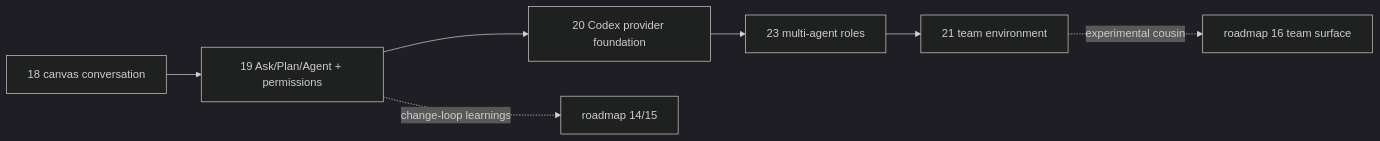
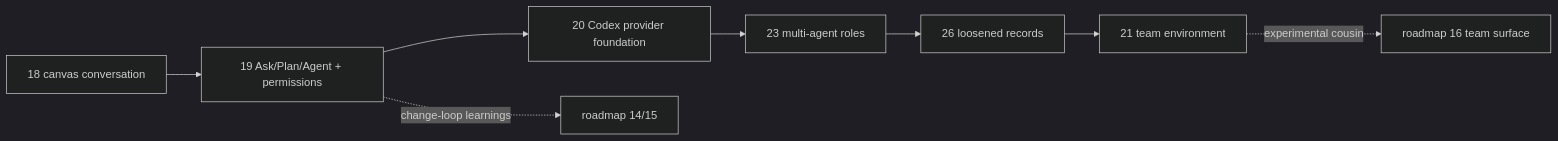
Before and after one commit to dmitry-yudakov/code-vis: the diagram in stories/EPIC-20260806-web2-operational-collaboration.md, drawn with Mermaid (dark theme). The commit also changed other lines of this file and 5 other files, not shown here.

````diff
--- a/stories/EPIC-20260806-web2-operational-collaboration.md
+++ b/stories/EPIC-20260806-web2-operational-collaboration.md
@@ -56,9 +57,10 @@
 ```mermaid
 graph LR
   S18[18 canvas conversation] --> S19[19 Ask/Plan/Agent + permissions]
   S19 --> S20[20 Codex provider foundation]
   S20 --> S23[23 multi-agent roles]
-  S23 --> S21[21 team environment]
+  S23 --> S26[26 loosened records]
+  S26 --> S21[21 team environment]
   S19 -.change-loop learnings.-> R14[roadmap 14/15]
   S21 -.experimental cousin.-> R16[roadmap 16 team surface]
 ```
````
